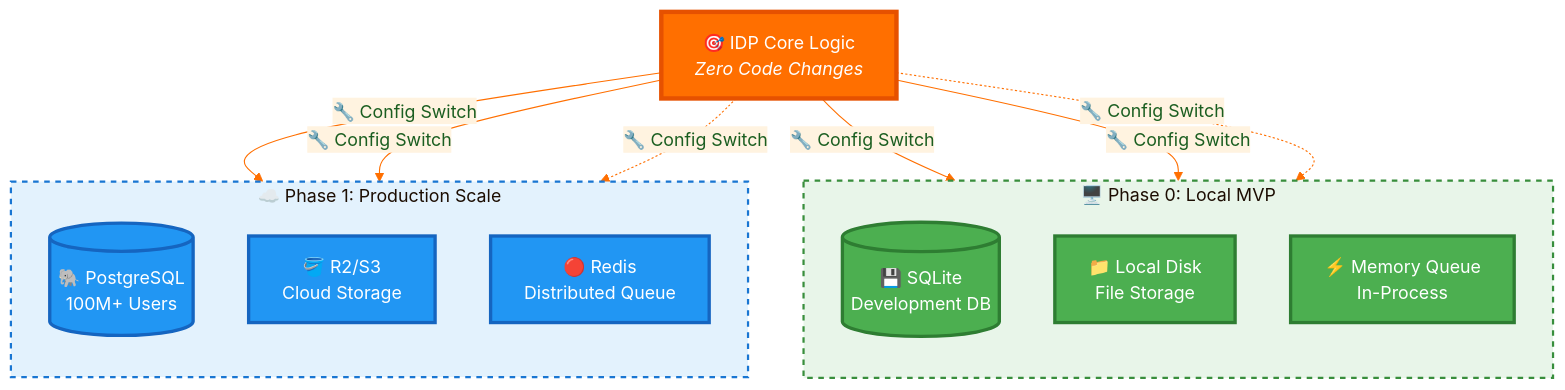
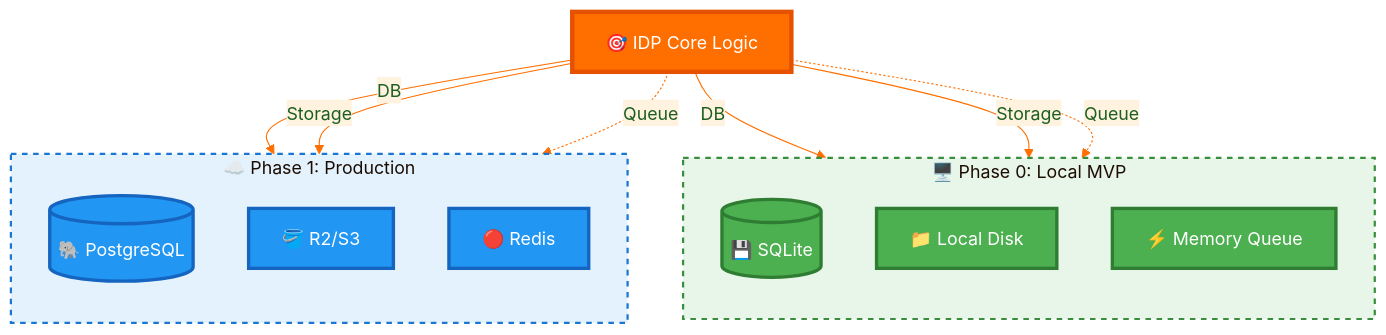
Before and after one commit to VIKAS9793/IndiaAI-IDP-Platform: the diagram in README.md, drawn with Mermaid.

Commit message:
fix: resolve text overlapping in README Mermaid diagram
- Simplified edge labels: 'Config Switch'  'DB'/'Storage'/'Queue'
- Removed multi-line node descriptions to prevent overflow
- Shortened subgraph titles for cleaner rendering on GitHub
- Improved readability while maintaining visual hierarchy

````diff
--- a/README.md
+++ b/README.md
@@ -46,38 +46,38 @@
 ```mermaid
 %%{init: {'theme':'base', 'themeVariables': { 'primaryColor':'#E8F5E9','primaryTextColor':'#1B5E20','primaryBorderColor':'#388E3C','lineColor':'#FF6F00','secondaryColor':'#FFF3E0','tertiaryColor':'#E3F2FD'}}}%%
 graph TB
     subgraph local["🖥️ Phase 0: Local MVP"]
         direction TB
-        SQLite[("💾 SQLite<br/>Development DB")]
-        LocalFS["📁 Local Disk<br/>File Storage"]
-        MemQ["⚡ Memory Queue<br/>In-Process"]
+        SQLite[("💾 SQLite")]
+        LocalFS["📁 Local Disk"]
+        MemQ["⚡ Memory Queue"]
         
         style SQLite fill:#4CAF50,stroke:#2E7D32,stroke-width:3px,color:#fff
         style LocalFS fill:#4CAF50,stroke:#2E7D32,stroke-width:3px,color:#fff
         style MemQ fill:#4CAF50,stroke:#2E7D32,stroke-width:3px,color:#fff
     end
     
-    subgraph prod["☁️ Phase 1: Production Scale"]
+    subgraph prod["☁️ Phase 1: Production"]
         direction TB
-        Postgres[("🐘 PostgreSQL<br/>100M+ Users")]
-        S3["🪣 R2/S3<br/>Cloud Storage"]
-        Redis["🔴 Redis<br/>Distributed Queue"]
+        Postgres[("🐘 PostgreSQL")]
+        S3["🪣 R2/S3"]
+        Redis["🔴 Redis"]
         
         style Postgres fill:#2196F3,stroke:#1565C0,stroke-width:3px,color:#fff
         style S3 fill:#2196F3,stroke:#1565C0,stroke-width:3px,color:#fff
         style Redis fill:#2196F3,stroke:#1565C0,stroke-width:3px,color:#fff
     end
     
-    Core["🎯 IDP Core Logic<br/><i>Zero Code Changes</i>"]
+    Core["🎯 IDP Core Logic"]
     
-    Core -->|"🔧 Config Switch"| SQLite
-    Core -->|"🔧 Config Switch"| Postgres
-    Core -->|"🔧 Config Switch"| LocalFS
-    Core -->|"🔧 Config Switch"| S3
-    Core -.->|"🔧 Config Switch"| MemQ
-    Core -.->|"🔧 Config Switch"| Redis
+    Core -->|DB| SQLite
+    Core -->|DB| Postgres
+    Core -->|Storage| LocalFS
+    Core -->|Storage| S3
+    Core -.->|Queue| MemQ
+    Core -.->|Queue| Redis
     
     style Core fill:#FF6F00,stroke:#E65100,stroke-width:4px,color:#fff,font-size:16px
     style local fill:#E8F5E9,stroke:#388E3C,stroke-width:2px,stroke-dasharray: 5 5
     style prod fill:#E3F2FD,stroke:#1976D2,stroke-width:2px,stroke-dasharray: 5 5
 ```
````
